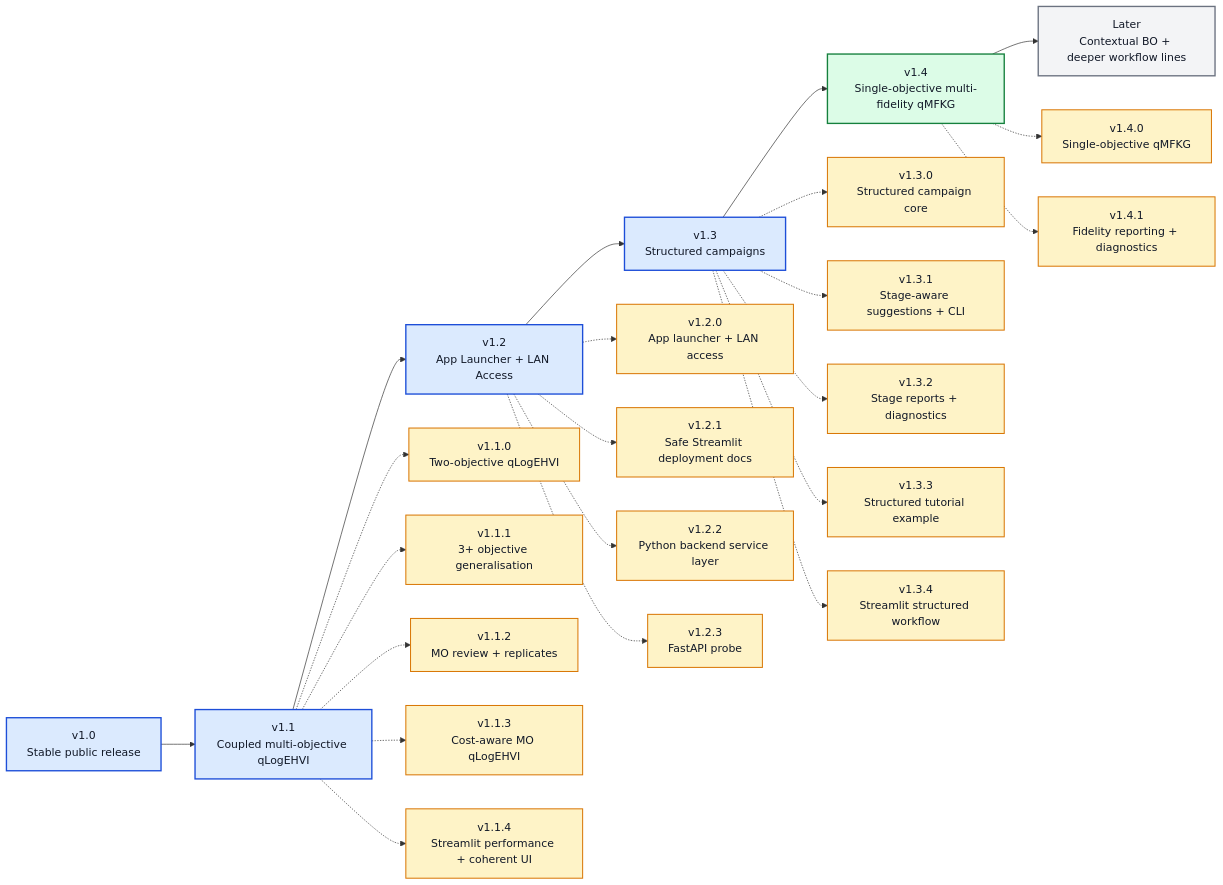
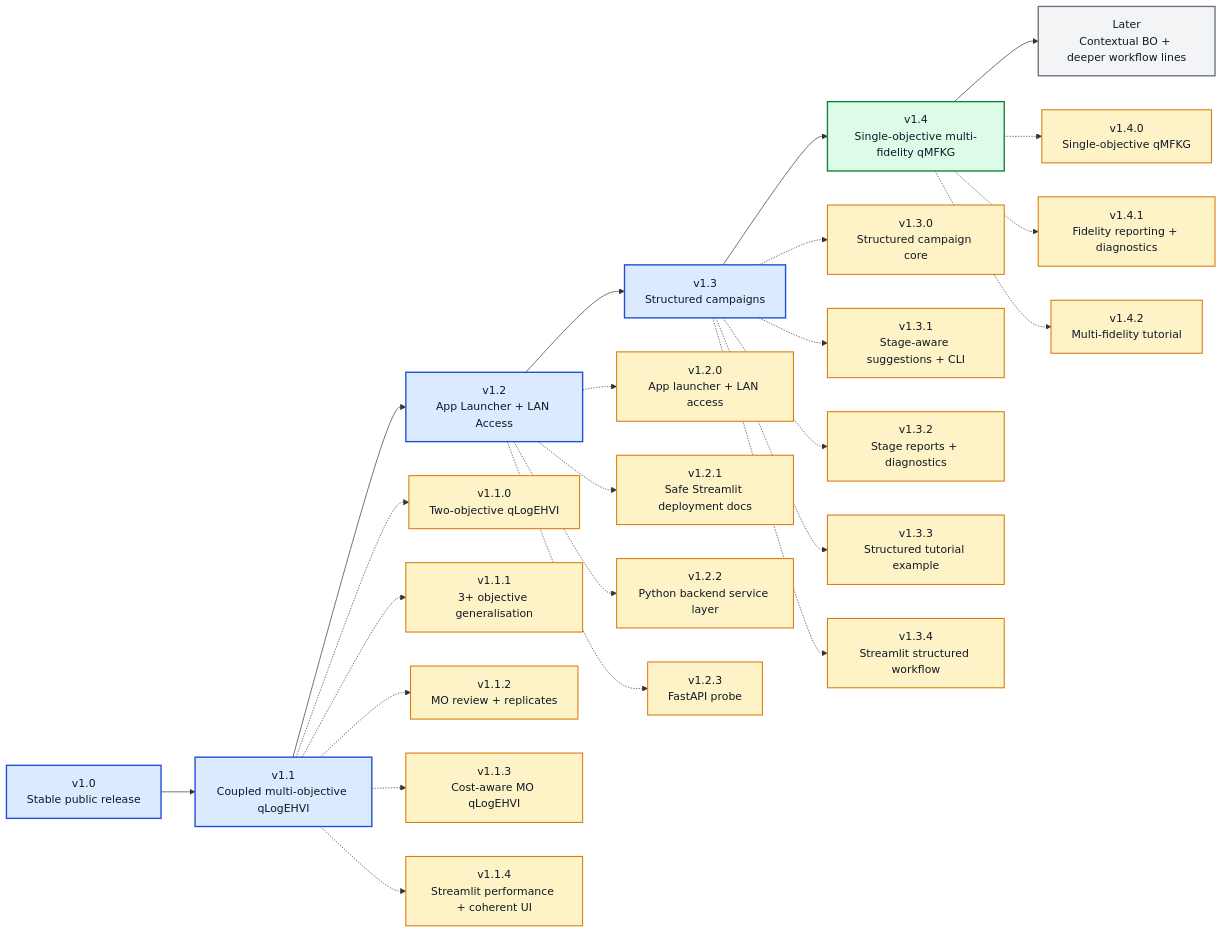
Before and after one commit to angzeli/bo-forge: the diagram in ROADMAP_V1_X.md, drawn with Mermaid. The commit also changed other lines of this file and 20 other files, not shown here.

Commit message:
v1.4.2 update: Add multi-fidelity BO tutorial

````diff
--- a/ROADMAP_V1_X.md
+++ b/ROADMAP_V1_X.md
@@ -7,48 +7,50 @@
 ```mermaid
 flowchart LR
     v10["v1.0<br/>Stable public release"] --> v11["v1.1<br/>Coupled multi-objective qLogEHVI"] --> v12["v1.2<br/>App Launcher + LAN Access"] --> v13["v1.3<br/>Structured campaigns"] --> v14["v1.4<br/>Single-objective multi-fidelity qMFKG"] --> later["Later<br/>Contextual BO + deeper workflow lines"]
 
     v110["v1.1.0<br/>Two-objective qLogEHVI"]
     v111["v1.1.1<br/>3+ objective generalisation"]
     v112["v1.1.2<br/>MO review + replicates"]
     v113["v1.1.3<br/>Cost-aware MO qLogEHVI"]
     v114["v1.1.4<br/>Streamlit performance + coherent UI"]
     v120["v1.2.0<br/>App launcher + LAN access"]
     v121["v1.2.1<br/>Safe Streamlit deployment docs"]
     v122["v1.2.2<br/>Python backend service layer"]
     v123["v1.2.3<br/>FastAPI probe"]
     v130["v1.3.0<br/>Structured campaign core"]
     v131["v1.3.1<br/>Stage-aware suggestions + CLI"]
     v132["v1.3.2<br/>Stage reports + diagnostics"]
     v133["v1.3.3<br/>Structured tutorial example"]
     v134["v1.3.4<br/>Streamlit structured workflow"]
     v140["v1.4.0<br/>Single-objective qMFKG"]
     v141["v1.4.1<br/>Fidelity reporting + diagnostics"]
+    v142["v1.4.2<br/>Multi-fidelity tutorial"]
     
     v11 -.-> v110
     v11 -.-> v111
     v11 -.-> v112
     v11 -.-> v113
     v11 -.-> v114
     v12 -.-> v120
     v12 -.-> v121
     v12 -.-> v122
     v12 -.-> v123
     v13 -.-> v130
     v13 -.-> v131
     v13 -.-> v132
     v13 -.-> v133
     v13 -.-> v134
     v14 -.-> v140
     v14 -.-> v141
+    v14 -.-> v142
 
     class v10,v11,v12,v13 majorDone
     class v14 majorActive
     class later majorFuture
-    class v110,v111,v112,v113,v114,v120,v121,v122,v123,v130,v131,v132,v133,v134,v140,v141 patchDone
+    class v110,v111,v112,v113,v114,v120,v121,v122,v123,v130,v131,v132,v133,v134,v140,v141,v142 patchDone
 
     classDef majorDone fill:#dbeafe,stroke:#1d4ed8,stroke-width:2px,color:#111827;
     classDef majorActive fill:#dcfce7,stroke:#15803d,stroke-width:2px,color:#111827;
     classDef majorFuture fill:#f3f4f6,stroke:#6b7280,stroke-width:2px,color:#111827;
     classDef patchDone fill:#fef3c7,stroke:#d97706,stroke-width:1.5px,color:#111827;
 ```
````
